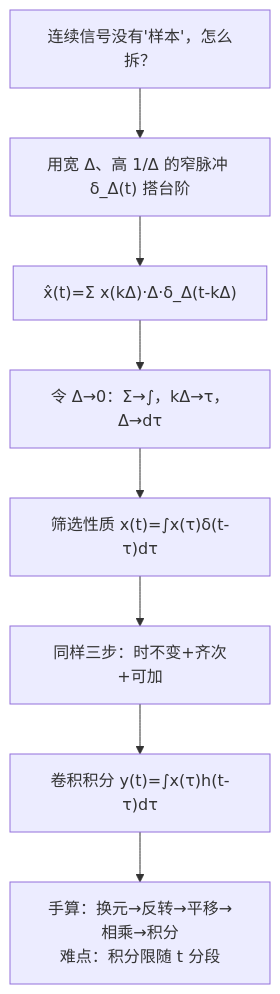
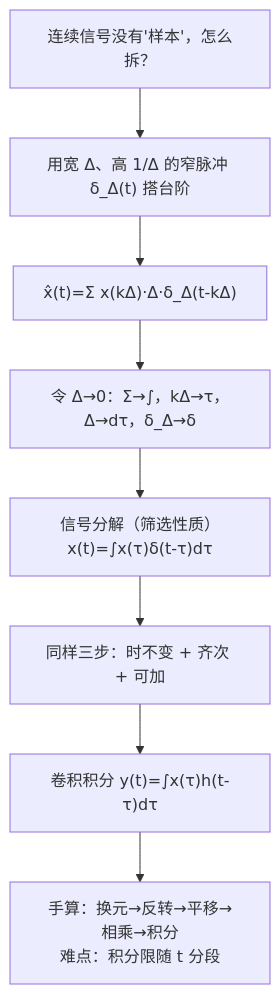
The first of 3 diagrams in 信号与系统/C2.2 连续时间LTI系统与卷积积分.md (KayeAdams515/ClaudeNotes), drawn with Mermaid before and after one commit. The commit also changed other lines of this file and 23 other files, not shown here.

````diff
--- a/信号与系统/C2.2 连续时间LTI系统与卷积积分.md
+++ b/信号与系统/C2.2 连续时间LTI系统与卷积积分.md
@@ -32,10 +31,10 @@
 ```mermaid
 flowchart TD
     A["连续信号没有'样本'，怎么拆？"] --> B["用宽 Δ、高 1/Δ 的窄脉冲 δ_Δ(t) 搭台阶"]
     B --> C["x̂(t)=Σ x(kΔ)·Δ·δ_Δ(t-kΔ)"]
-    C --> D["令 Δ→0：Σ→∫，kΔ→τ，Δ→dτ"]
-    D --> E["筛选性质 x(t)=∫x(τ)δ(t-τ)dτ"]
-    E --> F["同样三步：时不变+齐次+可加"]
+    C --> D["令 Δ→0：Σ→∫，kΔ→τ，Δ→dτ，δ_Δ→δ"]
+    D --> E["信号分解（筛选性质）x(t)=∫x(τ)δ(t-τ)dτ"]
+    E --> F["同样三步：时不变 + 齐次 + 可加"]
     F --> G["卷积积分 y(t)=∫x(τ)h(t-τ)dτ"]
     G --> H["手算：换元→反转→平移→相乘→积分<br/>难点：积分限随 t 分段"]
 ```
````
